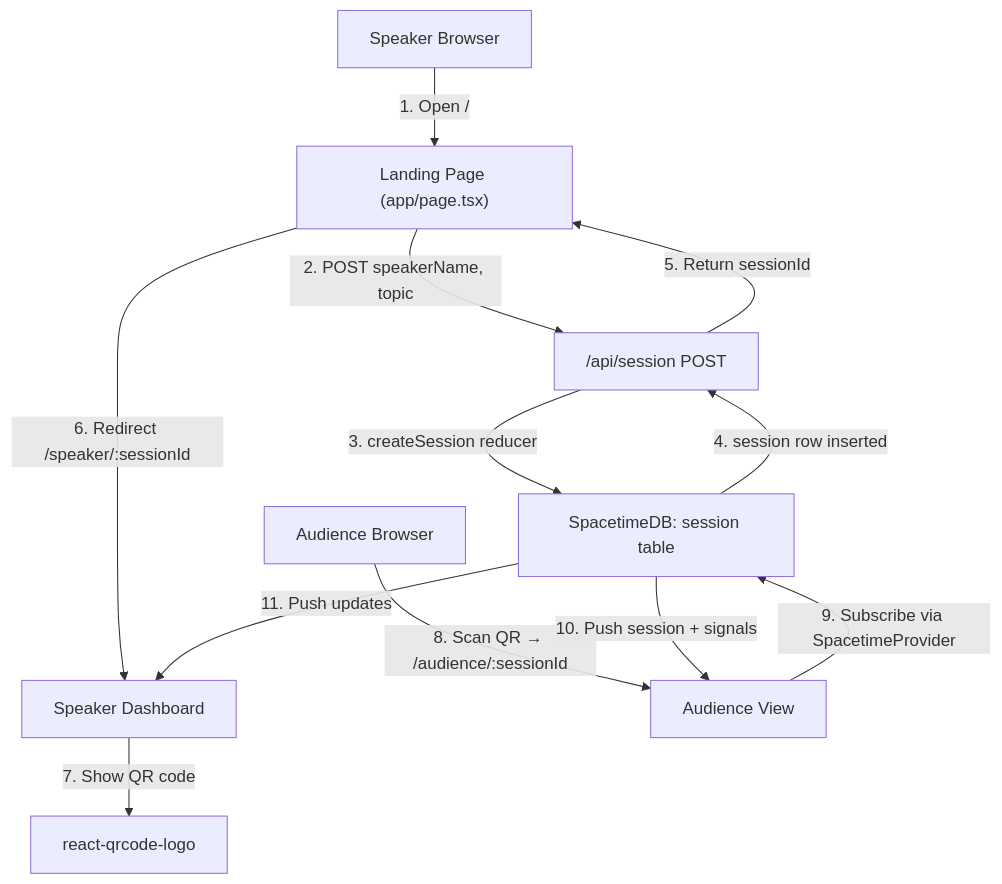
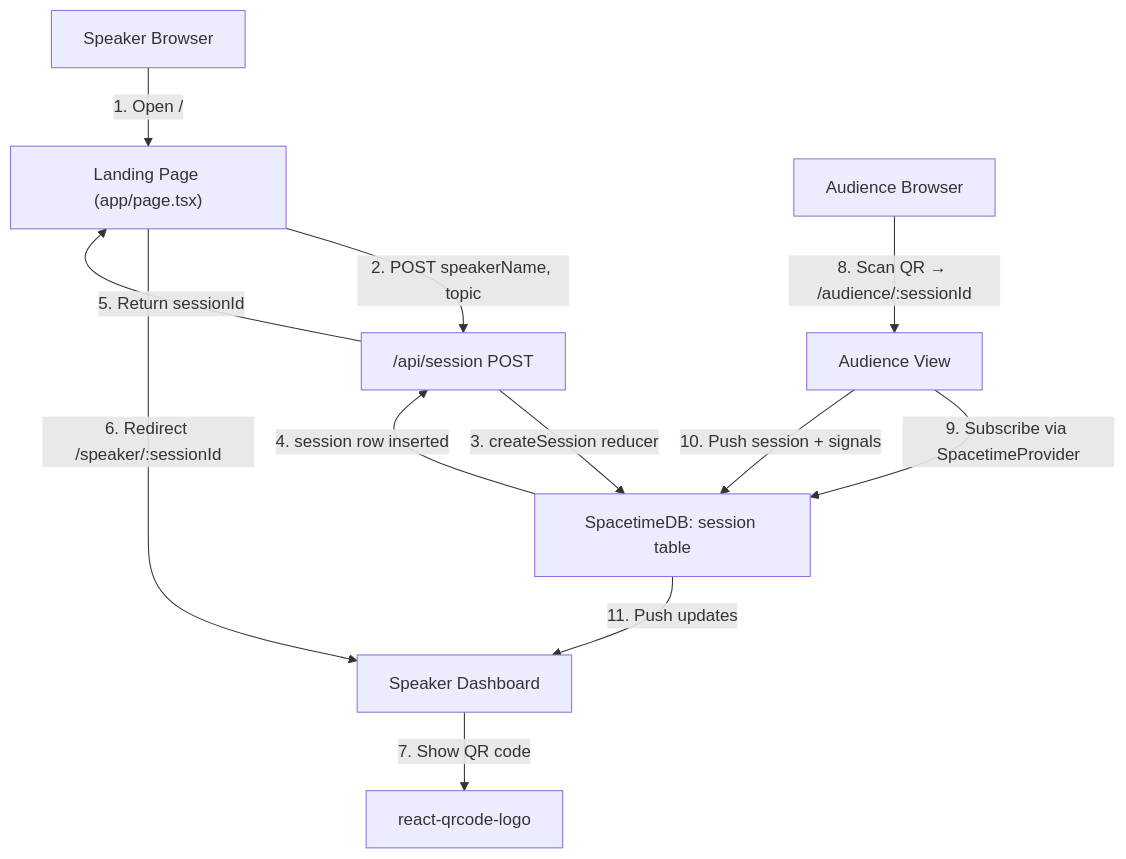
Before and after one commit to arvinder004/PULSE_HACKBYTE4.0: the fourth of 10 diagrams in PULSE_ARCHITECTUREPLAN.md, drawn with Mermaid.

Commit message:
fix: correct data flow direction in audience interaction diagram

````diff
--- a/PULSE_ARCHITECTUREPLAN.md
+++ b/PULSE_ARCHITECTUREPLAN.md
@@ -338,15 +338,15 @@
 ```mermaid
 flowchart TD
   Speaker[Speaker Browser] -->|1. Open /| LandingPage["Landing Page (app/page.tsx)"]
   LandingPage -->|2. POST speakerName, topic| SessionAPI["/api/session POST"]
   SessionAPI -->|3. createSession reducer| STDB["SpacetimeDB: session table"]
   STDB -->|4. session row inserted| SessionAPI
   SessionAPI -->|5. Return sessionId| LandingPage
   LandingPage -->|6. Redirect /speaker/:sessionId| SpeakerUI["Speaker Dashboard"]
   SpeakerUI -->|7. Show QR code| QR["react-qrcode-logo"]
 
   Audience[Audience Browser] -->|8. Scan QR → /audience/:sessionId| AudienceUI["Audience View"]
   AudienceUI -->|9. Subscribe via SpacetimeProvider| STDB
-  STDB -->|10. Push session + signals| AudienceUI
+  AudienceUI -->|10. Push session + signals| STDB
   STDB -->|11. Push updates| SpeakerUI
 ```
````
